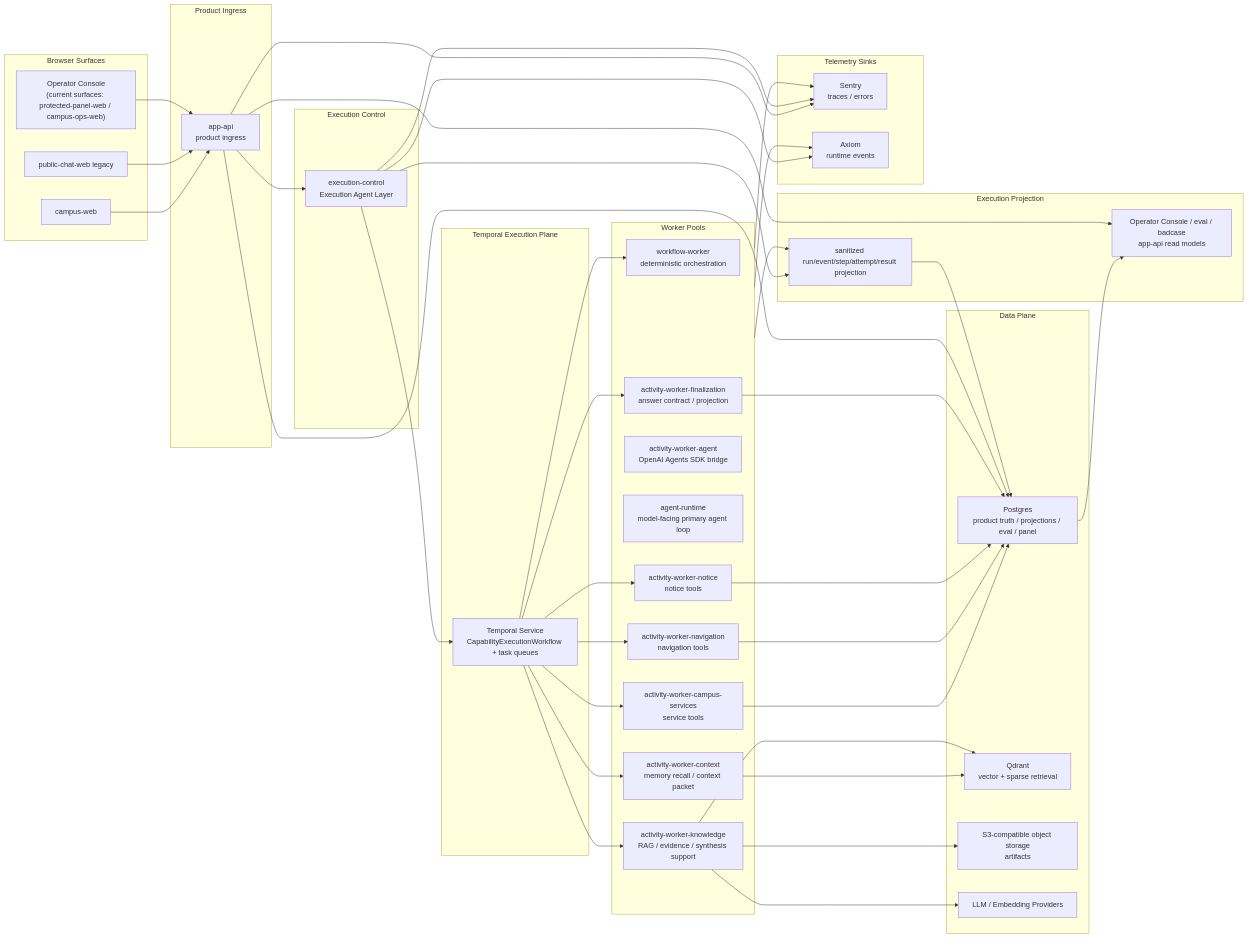
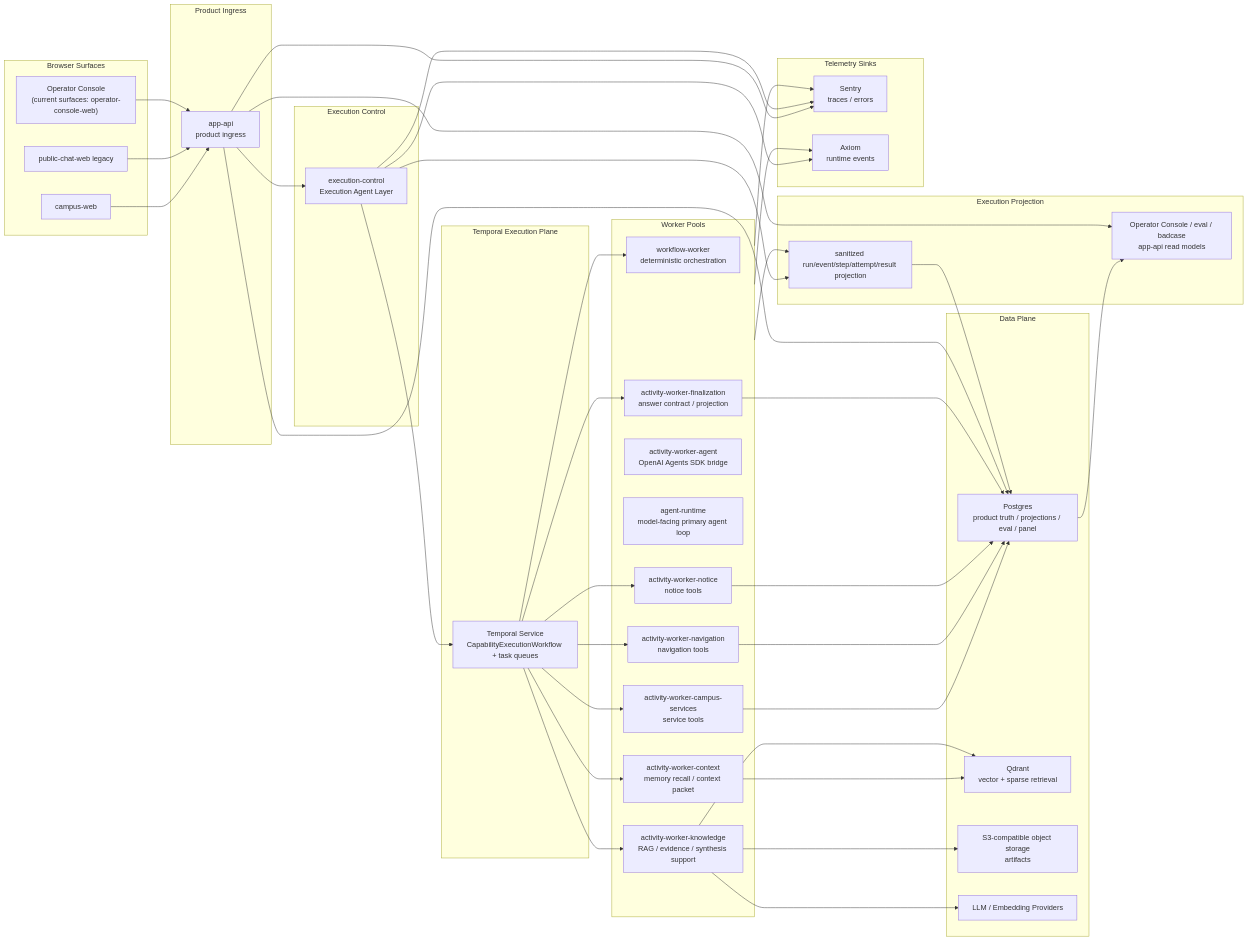
One commit to Luxfeier22331/campus-agent-main changed the diagram in docs/architecture/target-architecture.md. Above: the diagram before and after it, drawn with Mermaid. The commit also changed other lines of this file and 387 other files, not shown here.

First line of the commit message:
feat: 统一 Operator Console 工作台实现

```diff
--- a/docs/architecture/target-architecture.md
+++ b/docs/architecture/target-architecture.md
@@ -109,7 +109,7 @@
   subgraph Client["Browser Surfaces"]
     Campus["campus-web"]
     Chat["public-chat-web legacy"]
-    Panel["Operator Console\n(current surfaces: protected-panel-web / campus-ops-web)"]
+    Panel["Operator Console\n(current surfaces: operator-console-web)"]
   end
 
   subgraph ProductIngress["Product Ingress"]
```
